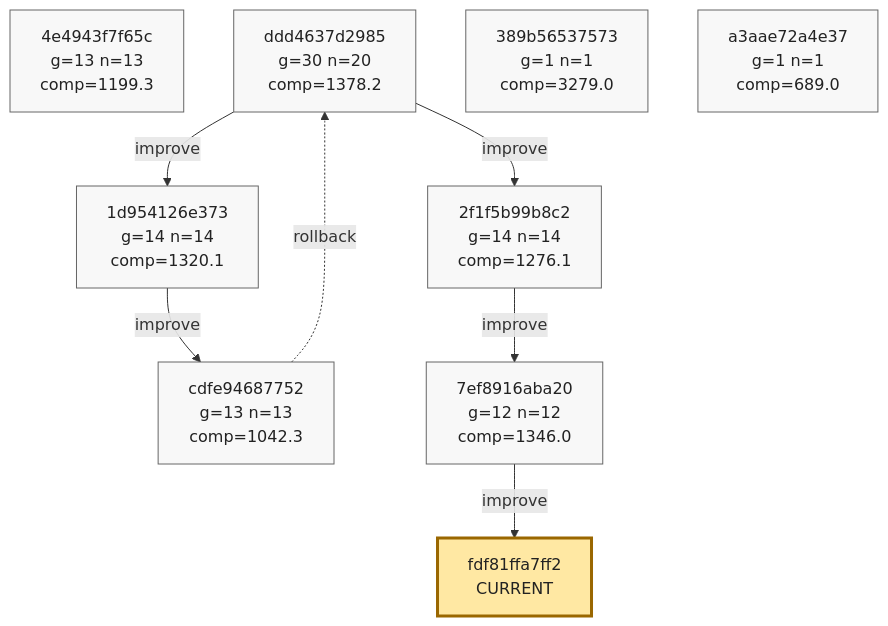
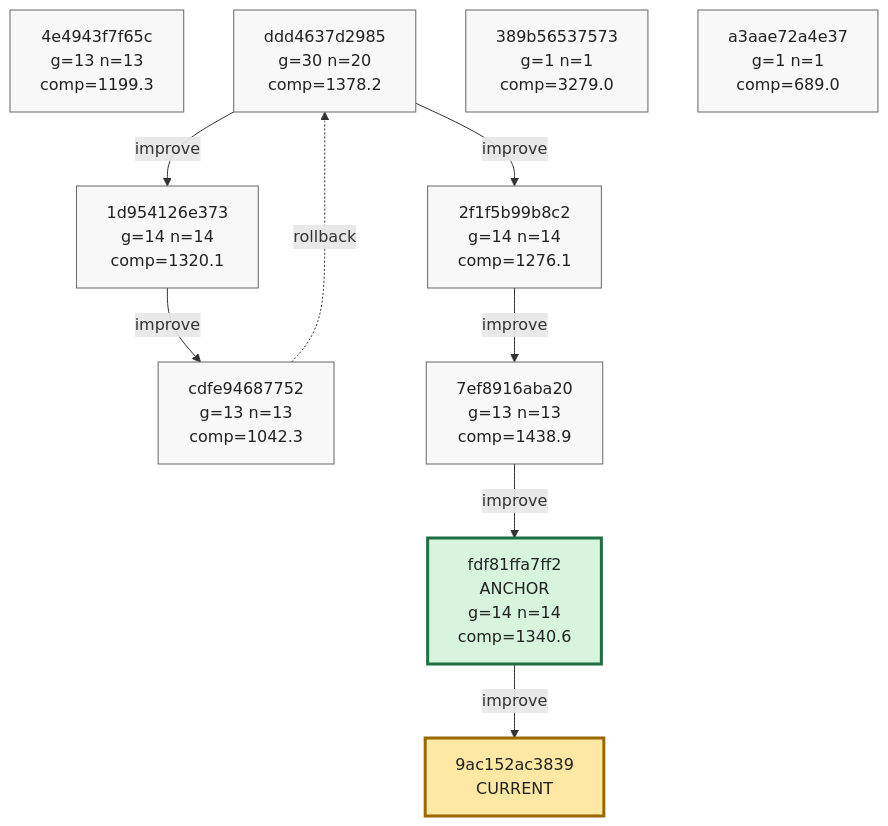
One commit to azumag/soviet_now changed the ninth of 9 diagrams in phyrogenetic-tree.md. Above: the diagram before and after it, drawn with Mermaid. The commit also changed other lines of this file and 2 other files, not shown here.

Commit message:
eloop Improve after 12 games (scores: 2849 1504 2445 1173 1296 2604 1291 873 1571 1080 2406 574)

````diff
--- a/phyrogenetic-tree.md
+++ b/phyrogenetic-tree.md
@@ -2233,34 +2233,37 @@
 ```mermaid
 flowchart TD
     h_4e4943f7f65c["4e4943f7f65c<br/>g=13 n=13<br/>comp=1199.3"]
     h_ddd4637d2985["ddd4637d2985<br/>g=30 n=20<br/>comp=1378.2"]
     h_1d954126e373["1d954126e373<br/>g=14 n=14<br/>comp=1320.1"]
     h_cdfe94687752["cdfe94687752<br/>g=13 n=13<br/>comp=1042.3"]
     h_2f1f5b99b8c2["2f1f5b99b8c2<br/>g=14 n=14<br/>comp=1276.1"]
-    h_7ef8916aba20["7ef8916aba20<br/>g=12 n=12<br/>comp=1346.0"]
+    h_7ef8916aba20["7ef8916aba20<br/>g=13 n=13<br/>comp=1438.9"]
+    h_fdf81ffa7ff2["fdf81ffa7ff2<br/>ANCHOR<br/>g=14 n=14<br/>comp=1340.6"]
     h_389b56537573["389b56537573<br/>g=1 n=1<br/>comp=3279.0"]
     h_a3aae72a4e37["a3aae72a4e37<br/>g=1 n=1<br/>comp=689.0"]
-    h_fdf81ffa7ff2["fdf81ffa7ff2<br/>CURRENT"]
+    h_9ac152ac3839["9ac152ac3839<br/>CURRENT"]
 
     h_ddd4637d2985 -->|improve| h_1d954126e373
     h_1d954126e373 -->|improve| h_cdfe94687752
     h_cdfe94687752 -. rollback .-> h_ddd4637d2985
     h_ddd4637d2985 -->|improve| h_2f1f5b99b8c2
     h_2f1f5b99b8c2 -->|improve| h_7ef8916aba20
     h_7ef8916aba20 -->|improve| h_fdf81ffa7ff2
+    h_fdf81ffa7ff2 -->|improve| h_9ac152ac3839
 
     classDef plain fill:#f8f8f8,stroke:#666,stroke-width:1px,color:#222;
     classDef current fill:#ffe8a3,stroke:#9a6700,stroke-width:3px,color:#222;
     classDef anchor fill:#d7f5dd,stroke:#1f6f43,stroke-width:3px,color:#222;
     classDef current_anchor fill:#f3e4a8,stroke:#1f6f43,stroke-width:4px,color:#222;
 
     class h_4e4943f7f65c plain;
     class h_ddd4637d2985 plain;
     class h_1d954126e373 plain;
     class h_cdfe94687752 plain;
     class h_2f1f5b99b8c2 plain;
     class h_7ef8916aba20 plain;
+    class h_fdf81ffa7ff2 anchor;
     class h_389b56537573 plain;
     class h_a3aae72a4e37 plain;
-    class h_fdf81ffa7ff2 current;
+    class h_9ac152ac3839 current;
 ```
````
